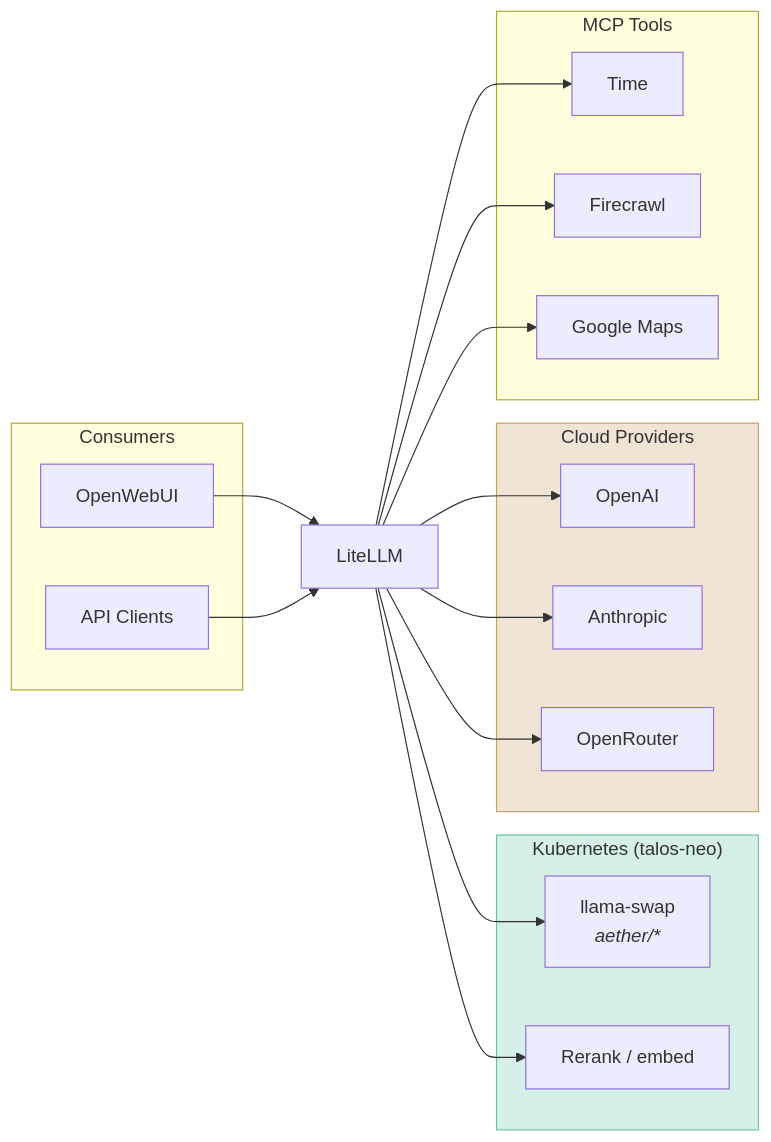
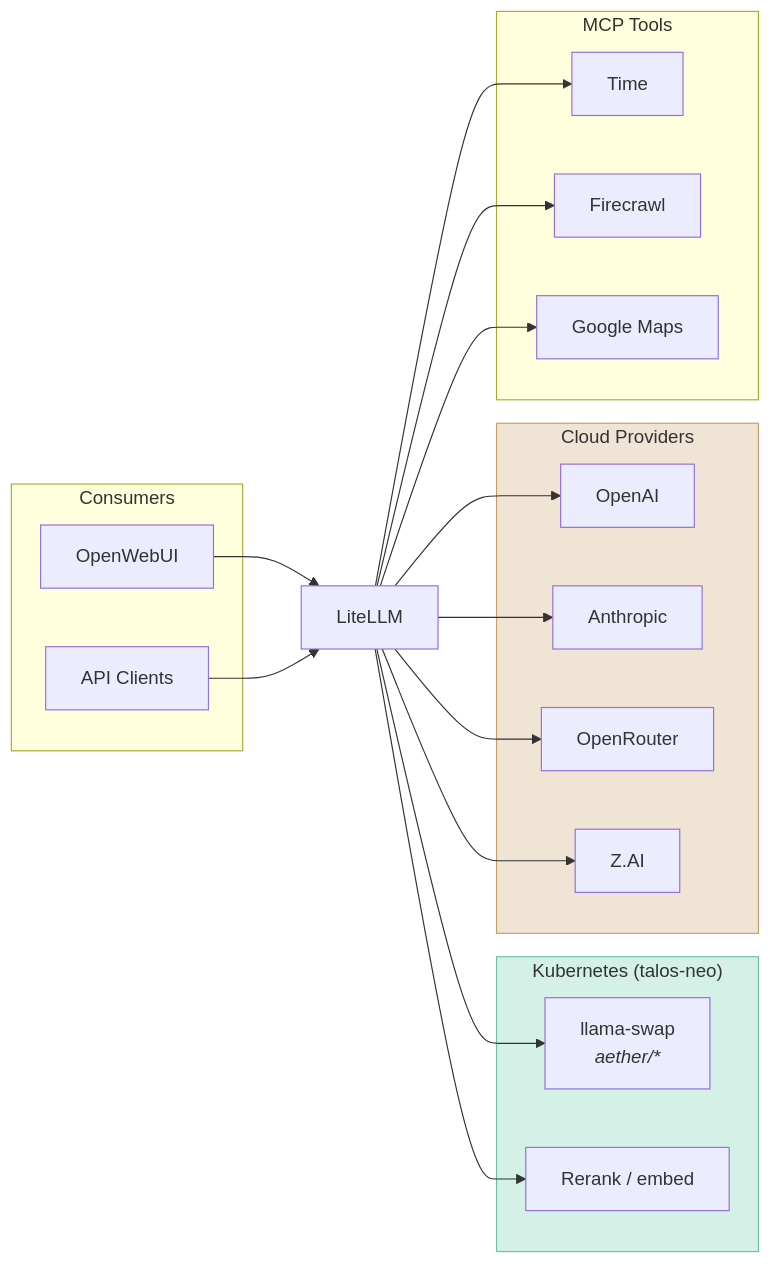
One commit to shedrachokonofua/aether changed the diagram in docs/ai-ml.md. Above: the diagram before and after it, drawn with Mermaid. The commit also changed 3 other files, not shown here.

````diff
--- a/docs/ai-ml.md
+++ b/docs/ai-ml.md
@@ -43,34 +43,35 @@
 ```mermaid
 flowchart LR
     subgraph Consumers
         OWUI[OpenWebUI]
         API[API Clients]
     end
 
     LLM[LiteLLM]
 
     subgraph K8s["Kubernetes (talos-neo)"]
         LS[llama-swap<br/><i>aether/*</i>]
         RR[Rerank / embed]
     end
 
     subgraph Cloud["Cloud Providers"]
         OAI[OpenAI]
         ANT[Anthropic]
         OR[OpenRouter]
+        ZAI[Z.AI]
     end
 
     subgraph MCP["MCP Tools"]
         TIME[Time]
         FC[Firecrawl]
         GMAPS[Google Maps]
     end
 
     OWUI & API --> LLM
     LLM --> LS & RR
-    LLM --> OAI & ANT & OR
+    LLM --> OAI & ANT & OR & ZAI
     LLM --> TIME & FC & GMAPS
 
     style K8s fill:#d4f0e7,stroke:#6ac4a0
     style Cloud fill:#f0e4d4,stroke:#c4a06a
 ```
````
